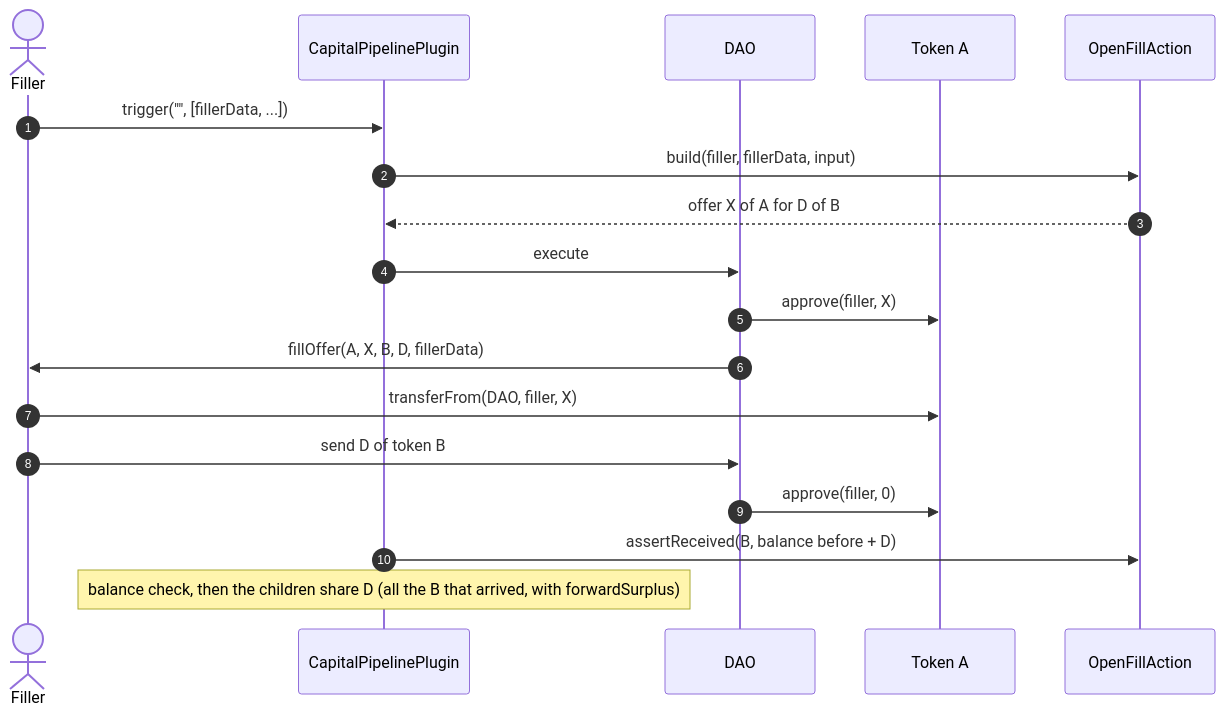
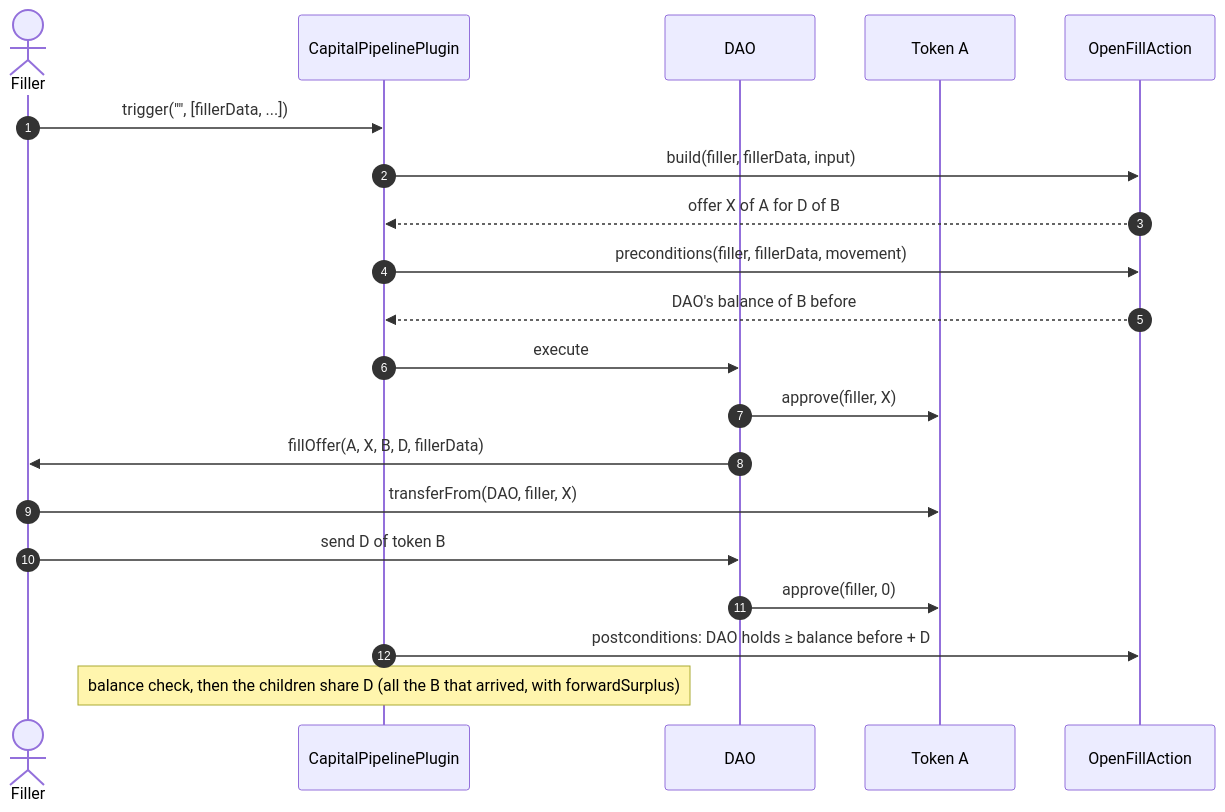
The fourth of 10 diagrams in README.md (antfarm-official/tree-capital), drawn with Mermaid before and after one commit. The commit also changed other lines of this file and 14 other files, not shown here.

First line of the commit message:
Let preconditions return the snapshot that postconditions checks

````diff
--- a/README.md
+++ b/README.md
@@ -220,21 +219,23 @@
 ```mermaid
 sequenceDiagram
     autonumber
     actor Filler
     participant Plugin as CapitalPipelinePlugin
     participant DAO
     participant TokenA as Token A
     participant Fill as OpenFillAction
 
     Filler->>Plugin: trigger("", [fillerData, ...])
     Plugin->>Fill: build(filler, fillerData, input)
     Fill-->>Plugin: offer X of A for D of B
+    Plugin->>Fill: preconditions(filler, fillerData, movement)
+    Fill-->>Plugin: DAO's balance of B before
     Plugin->>DAO: execute
     DAO->>TokenA: approve(filler, X)
     DAO->>Filler: fillOffer(A, X, B, D, fillerData)
     Filler->>TokenA: transferFrom(DAO, filler, X)
     Filler->>DAO: send D of token B
     DAO->>TokenA: approve(filler, 0)
-    Plugin->>Fill: assertReceived(B, balance before + D)
+    Plugin->>Fill: postconditions: DAO holds ≥ balance before + D
     Note over Plugin: balance check, then the children share D (all the B that arrived, with forwardSurplus)
 ```
````
